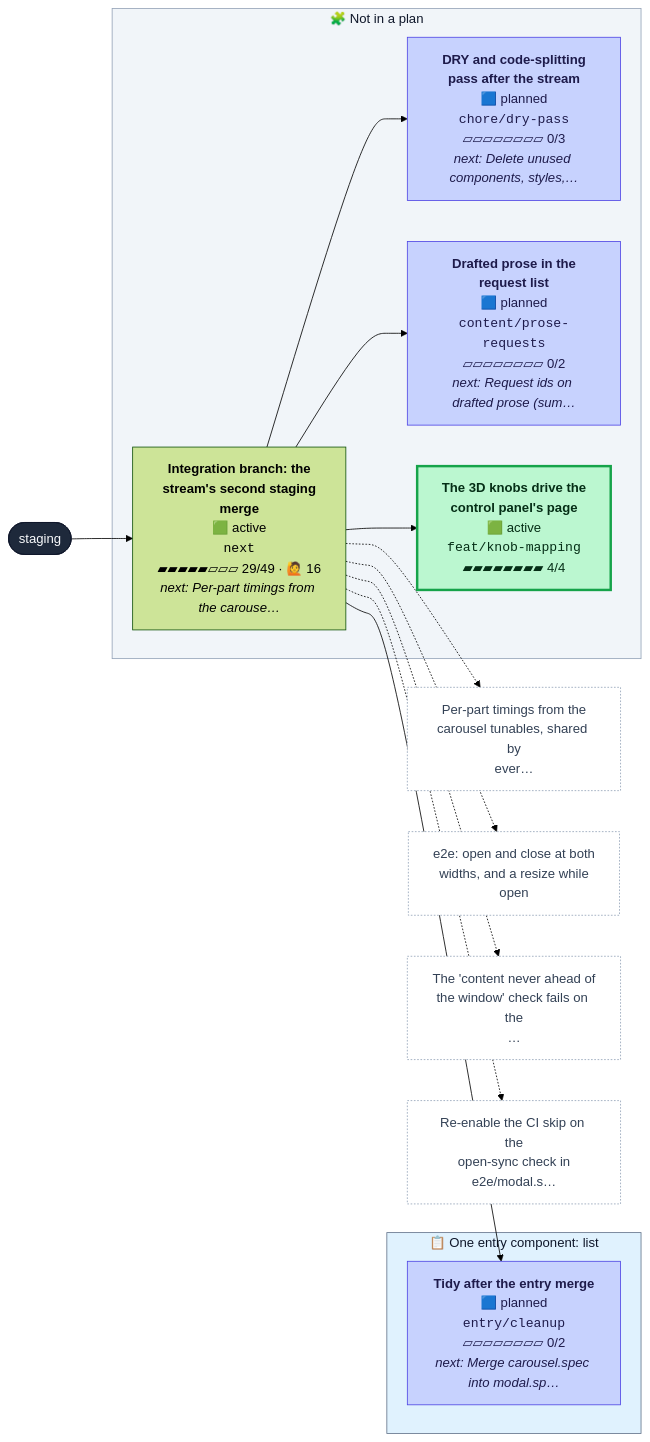
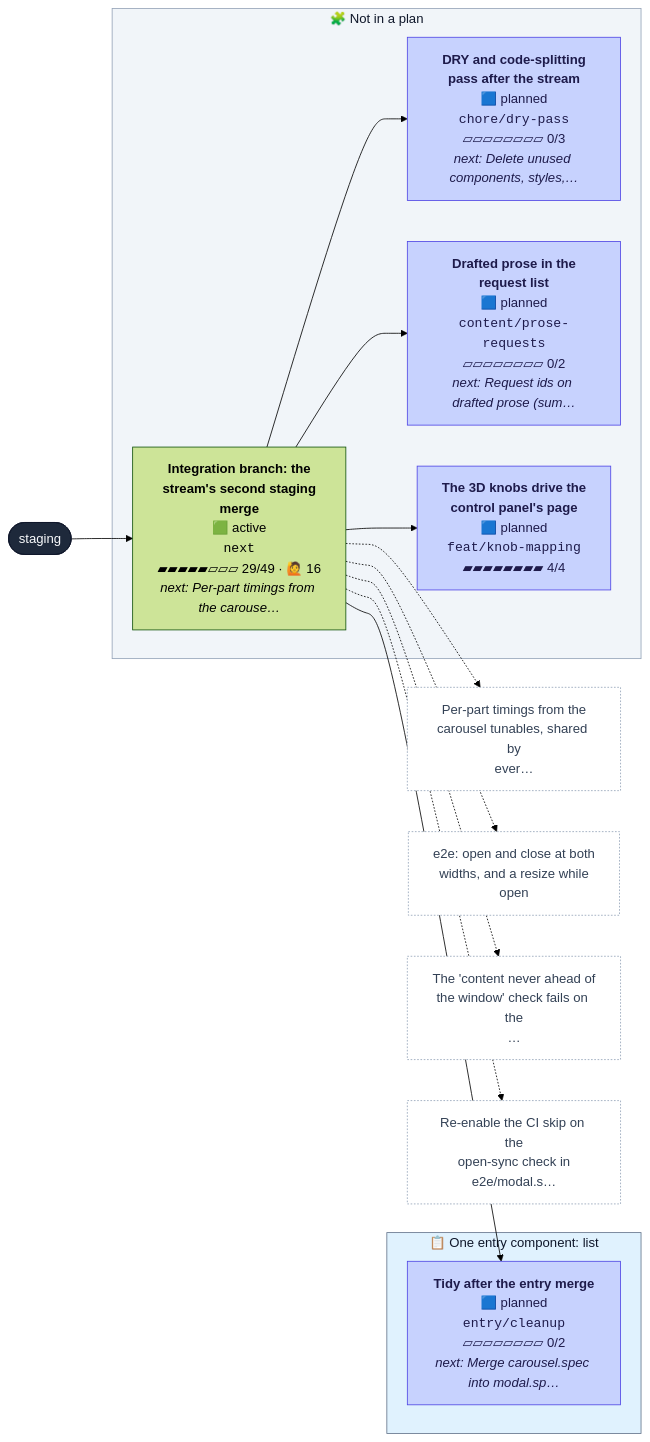
Before and after one commit to henryjonescodes/portfolio: the first of 2 diagrams in CONTRIBUTING.md, drawn with Mermaid (forest theme). The commit also changed other lines of this file, not shown here.

````diff
--- a/CONTRIBUTING.md
+++ b/CONTRIBUTING.md
@@ -16,47 +16,47 @@
 ```mermaid
 flowchart LR
   n_staging([staging])
   class n_staging trunk
   subgraph plan_0["📋 One entry component: list"]
     n_entry_cleanup["<b>Tidy after the entry merge</b><br/>🟦 planned<br/><code>entry/cleanup</code><br/>▱▱▱▱▱▱▱▱ 0/2<br/><i>next: Merge carousel.spec into modal.sp…</i>"]
     class n_entry_cleanup planned
   end
   style plan_0 fill:#e0f2fe,stroke:#64748b,color:#0f172a
   subgraph loose["🧩 Not in a plan"]
     n_chore_dry_pass["<b>DRY and code-splitting<br/>pass after the stream</b><br/>🟦 planned<br/><code>chore/dry-pass</code><br/>▱▱▱▱▱▱▱▱ 0/3<br/><i>next: Delete unused components, styles,…</i>"]
     class n_chore_dry_pass planned
     n_content_prose_requests["<b>Drafted prose in the<br/>request list</b><br/>🟦 planned<br/><code>content/prose-requests</code><br/>▱▱▱▱▱▱▱▱ 0/2<br/><i>next: Request ids on drafted prose (sum…</i>"]
     class n_content_prose_requests planned
-    n_feat_knob_mapping["<b>The 3D knobs drive the<br/>control panel's page</b><br/>🟩 active<br/><code>feat/knob-mapping</code><br/>▰▰▰▰▰▰▰▰ 4/4"]
-    class n_feat_knob_mapping active
+    n_feat_knob_mapping["<b>The 3D knobs drive the<br/>control panel's page</b><br/>🟦 planned<br/><code>feat/knob-mapping</code><br/>▰▰▰▰▰▰▰▰ 4/4"]
+    class n_feat_knob_mapping planned
     n_next["<b>Integration branch: the<br/>stream's second staging<br/>merge</b><br/>🟩 active<br/><code>next</code><br/>▰▰▰▰▰▱▱▱ 29/49 · 🙋 16<br/><i>next: Per-part timings from the carouse…</i>"]
     class n_next active,current
   end
   style loose fill:#f1f5f9,stroke:#94a3b8,color:#0f172a
   n_next --> n_chore_dry_pass
   n_next --> n_content_prose_requests
   n_next --> n_entry_cleanup
   n_next --> n_feat_knob_mapping
   n_staging --> n_next
   n_next_t0["Per-part timings from the<br/>carousel tunables, shared by<br/>ever…"]
   class n_next_t0 todo
   n_next -.-> n_next_t0
   n_next_t1["e2e: open and close at both<br/>widths, and a resize while<br/>open"]
   class n_next_t1 todo
   n_next -.-> n_next_t1
   n_next_t2["The 'content never ahead of<br/>the window' check fails on the<br/>…"]
   class n_next_t2 todo
   n_next -.-> n_next_t2
   n_next_t3["Re-enable the CI skip on the<br/>open-sync check in<br/>e2e/modal.s…"]
   class n_next_t3 todo
   n_next -.-> n_next_t3
   classDef merged fill:#dcfce7,stroke:#16a34a,color:#052e16
   classDef todo fill:#ffffff,stroke:#94a3b8,stroke-dasharray:2 2,color:#334155
   classDef planned fill:#c7d2fe,stroke:#4f46e5,color:#1e1b4b
   classDef sketched fill:#f8fafc,stroke:#64748b,stroke-dasharray:4 3,color:#334155
   classDef active fill:#bbf7d0,stroke:#16a34a,stroke-width:3px,color:#052e16
   classDef review fill:#fde68a,stroke:#d97706,stroke-width:3px,color:#451a03
   classDef blocked fill:#fecaca,stroke:#dc2626,stroke-width:3px,color:#450a0a
   classDef trunk fill:#1e293b,stroke:#0f172a,color:#f8fafc
   classDef current stroke:#0ea5e9,stroke-width:5px
 ```
````
